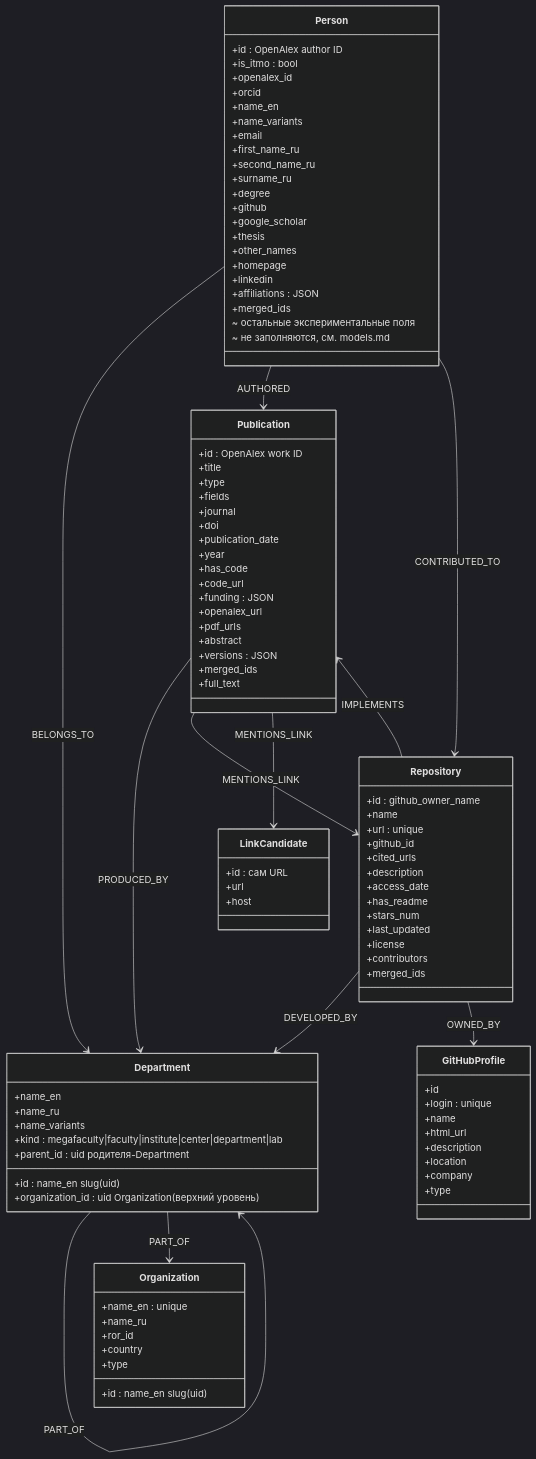
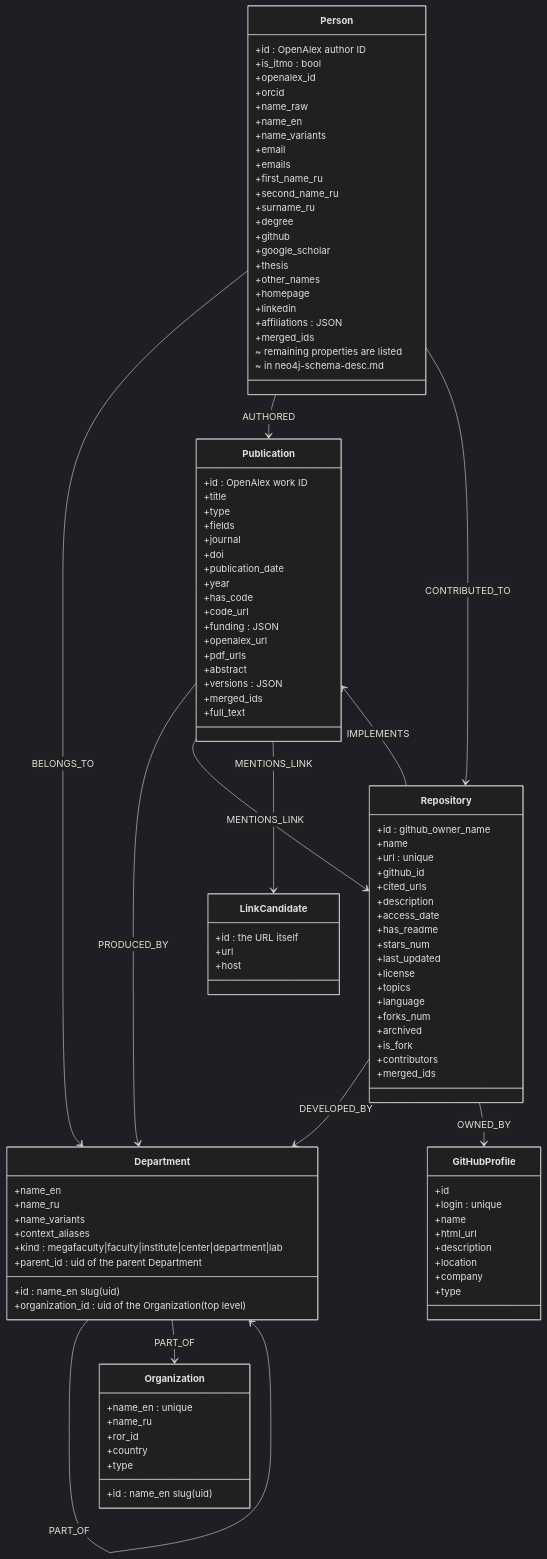
One commit to ITMO-NSS-team/PAUK changed the diagram in docs/diagrams/neo4j-schema.md. Above: the diagram before and after it, drawn with Mermaid (dark theme). The commit also changed other lines of this file and 196 other files, not shown here.

```diff
--- a/docs/diagrams/neo4j-schema.md
+++ b/docs/diagrams/neo4j-schema.md
@@ -7,9 +7,11 @@
         +is_itmo : bool
         +openalex_id
         +orcid
+        +name_raw
         +name_en
         +name_variants
         +email
+        +emails
         +first_name_ru
         +second_name_ru
         +surname_ru
@@ -22,8 +24,8 @@
         +linkedin
         +affiliations : JSON
         +merged_ids
-        ~ остальные экспериментальные поля
-        ~ не заполняются, см. models.md
+        ~ remaining properties are listed
+        ~ in neo4j-schema-desc.md
     }
 
     class Organization {
@@ -40,9 +42,10 @@
         +name_en
         +name_ru
         +name_variants
+        +context_aliases
         +kind : megafaculty|faculty|institute|center|department|lab
-        +parent_id : uid родителя-Department
-        +organization_id : uid Organization (верхний уровень)
+        +parent_id : uid of the parent Department
+        +organization_id : uid of the Organization (top level)
     }
 
     class Publication {
@@ -77,6 +80,11 @@
         +stars_num
         +last_updated
         +license
+        +topics
+        +language
+        +forks_num
+        +archived
+        +is_fork
         +contributors
         +merged_ids
     }
@@ -93,7 +101,7 @@
     }
 
     class LinkCandidate {
-        +id : сам URL
+        +id : the URL itself
         +url
         +host
     }
```
